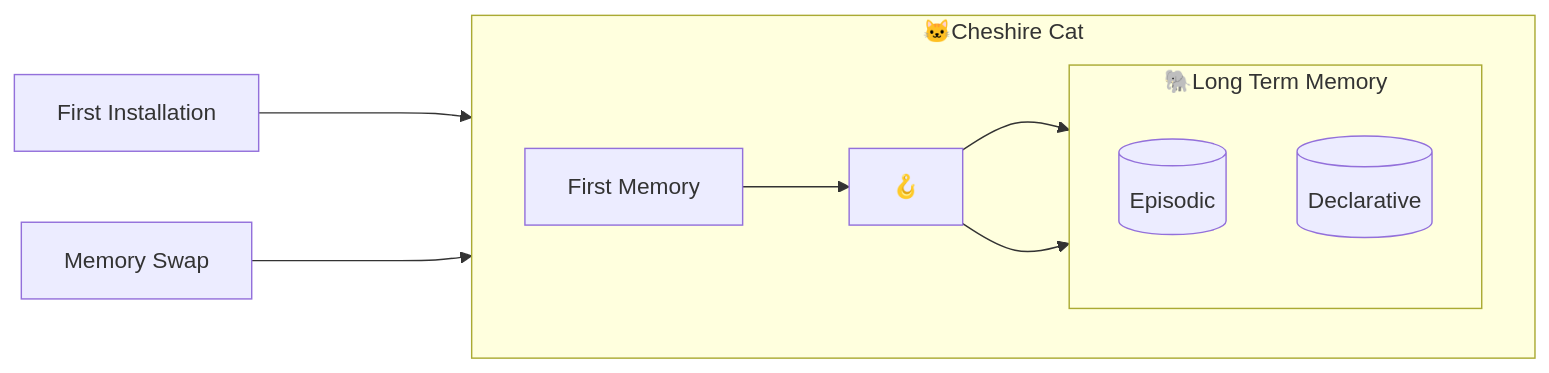
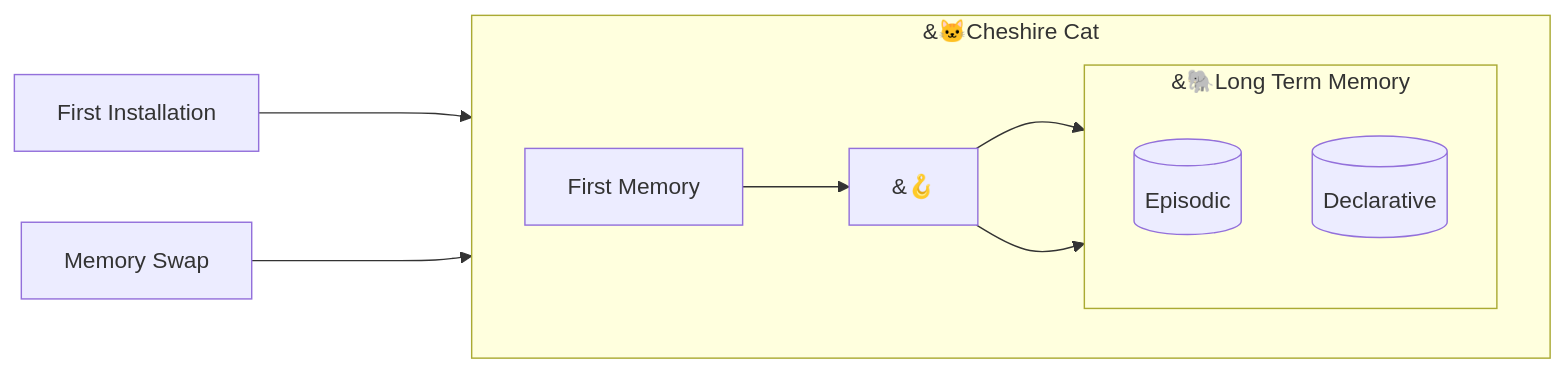
Before and after one commit to cheshire-cat-ai/docs: the diagram in mkdocs/conceptual/memory/vector_memory.md, drawn with Mermaid. The commit also changed other lines of this file and 19 other files, not shown here.

````diff
--- a/mkdocs/conceptual/memory/vector_memory.md
+++ b/mkdocs/conceptual/memory/vector_memory.md
@@ -20,16 +20,16 @@
 ```mermaid
 flowchart LR
-    subgraph CAT ["🐱Cheshire Cat"]
+    subgraph CAT ["&#128049;Cheshire Cat"]
         direction LR
-        subgraph LTM ["🐘Long Term Memory"]
+        subgraph LTM ["&#128024;Long Term Memory"]
             direction TB
             C[(Episodic Memory)];
             D[(Declarative Memory)];
         end
-        A["First Memory"] --> H["🪝"];
-        H["🪝"] --> C[(Episodic)];
-        H["🪝"] --> D[(Declarative )];
+        A["First Memory"] --> H["&#129693;"];
+        H["&#129693;"] --> C[(Episodic)];
+        H["&#129693;"] --> D[(Declarative )];
     end
     E[First Installation] ----> CAT;
     F[Memory Swap] ----> LTM;
 ```
````
